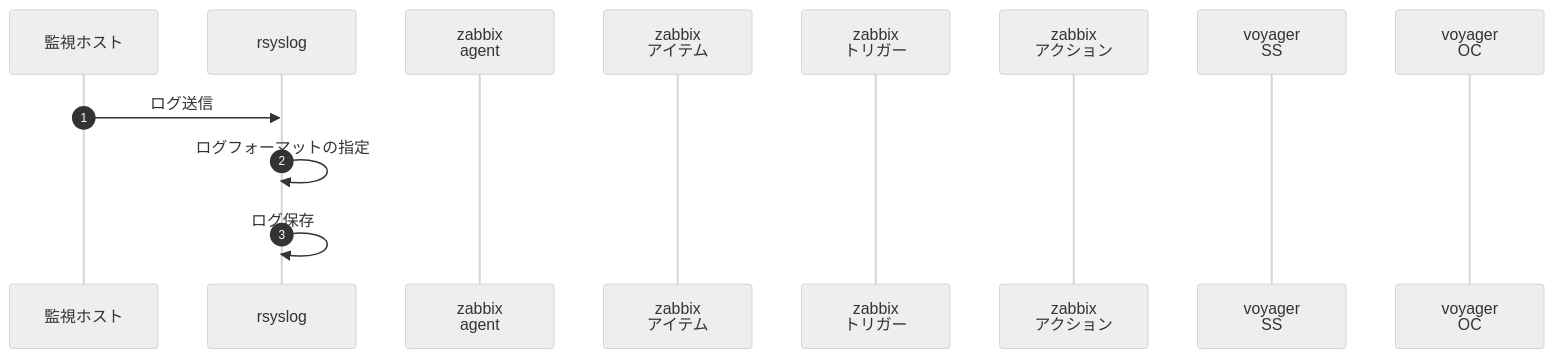
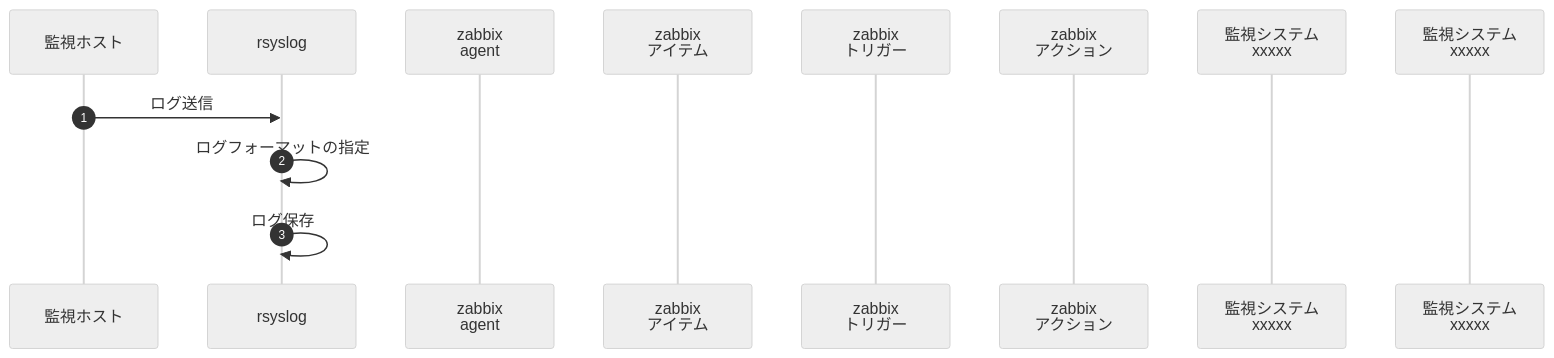
Before and after one commit to panda-git-hub/handbook: the second of 2 diagrams in README.md, drawn with Mermaid (neutral theme).

````diff
--- a/README.md
+++ b/README.md
@@ -21,15 +21,15 @@
 ```mermaid
 sequenceDiagram
   autonumber
   participant A as 監視ホスト
   participant B as rsyslog
   participant C as zabbix<br>agent
   participant D as zabbix<br>アイテム
   participant E as zabbix<br>トリガー
   participant F as zabbix<br>アクション
-  participant G as voyager<br>SS
-  participant H as voyager<br>OC
+  participant G as 監視システム<br>xxxxx
+  participant H as 監視システム<br>xxxxx
   A->>B: ログ送信
   B->>B: ログフォーマットの指定
   B->>B: ログ保存
 ```
````
